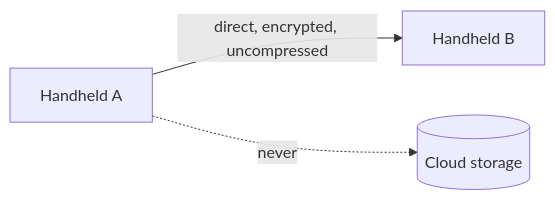
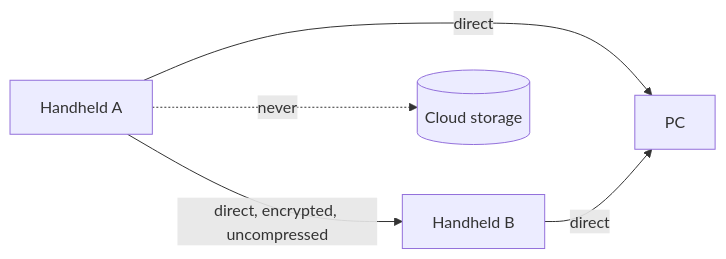
The diagram in docs/user/replication.md (breakmylegs/haversack), drawn with Mermaid before and after one commit. The commit also changed other lines of this file and 23 other files, not shown here.

````diff
--- a/docs/user/replication.md
+++ b/docs/user/replication.md
@@ -5,5 +5,7 @@
 ```mermaid
 flowchart LR
     A[Handheld A] -- "direct, encrypted, uncompressed" --> B[Handheld B]
+    A -- "direct" --> P[PC]
+    B -- "direct" --> P
     A -. "never" .-> C[(Cloud storage)]
 ```
````
